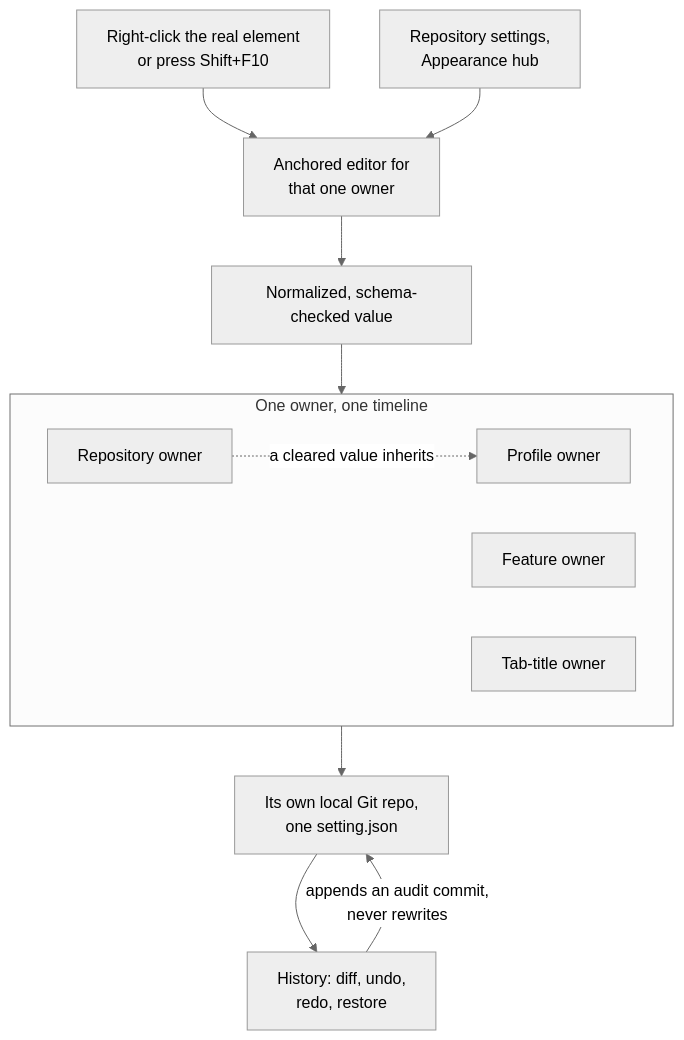
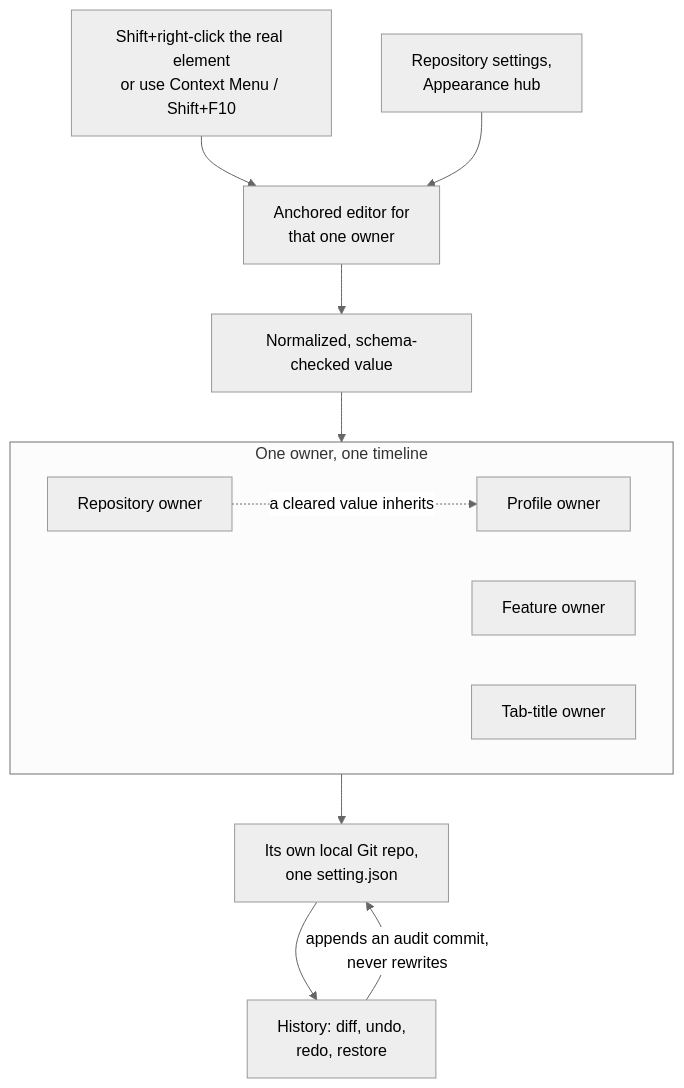
One commit to Ding-Ding-Projects/desktop-material changed the second of 5 diagrams in docs/readme-tabs/features.md. Above: the diagram before and after it, drawn with Mermaid (neutral theme). The commit also changed other lines of this file and 92 other files, not shown here.

````diff
--- a/docs/readme-tabs/features.md
+++ b/docs/readme-tabs/features.md
@@ -164,22 +164,22 @@
 ```mermaid
 flowchart TD
-  ELEM["Right-click the real element<br/>or press Shift+F10"]
+  ELEM["Shift+right-click the real element<br/>or use Context Menu / Shift+F10"]
   HUB["Repository settings,<br/>Appearance hub"]
   EDITOR["Anchored editor for<br/>that one owner"]
   ELEM --> EDITOR
   HUB --> EDITOR
   EDITOR --> WRITE["Normalized, schema-checked value"]
 
   subgraph OWNERS["One owner, one timeline"]
     PROFILE["Profile owner"]
     REPO["Repository owner"]
     FEATURE["Feature owner"]
     TABTITLE["Tab-title owner"]
   end
 
   WRITE --> OWNERS
   REPO -.->|"a cleared value inherits"| PROFILE
   OWNERS --> STORE["Its own local Git repo,<br/>one setting.json"]
   STORE --> HISTORY["History: diff, undo,<br/>redo, restore"]
   HISTORY -->|"appends an audit commit,<br/>never rewrites"| STORE
 ```
````
